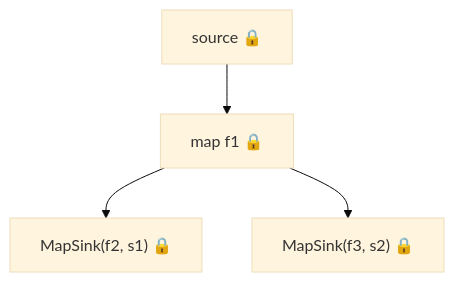
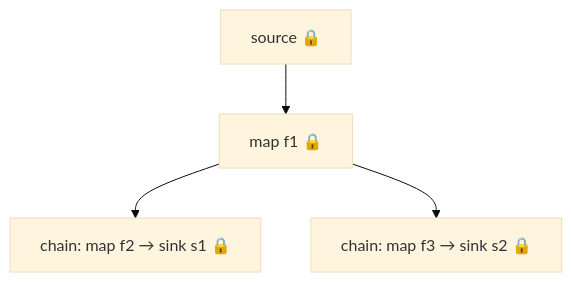
One commit to IsaacTay/akayu changed the seventh of 7 diagrams in docs/features/compile-optimizations.md. Above: the diagram before and after it, drawn with Mermaid (base theme). The commit also changed other lines of this file and 19 other files, not shown here.

````diff
--- a/docs/features/compile-optimizations.md
+++ b/docs/features/compile-optimizations.md
@@ -317,7 +295,7 @@
 ```mermaid
 flowchart TD
     A["source 🔒"]:::source --> B["map f1 🔒"]:::warn
-    B --> C["MapSink(f2, s1) 🔒"]:::process
-    B --> D["MapSink(f3, s2) 🔒"]:::process
+    B --> C["chain: map f2 → sink s1 🔒"]:::process
+    B --> D["chain: map f3 → sink s2 🔒"]:::process
 
 ```
````
